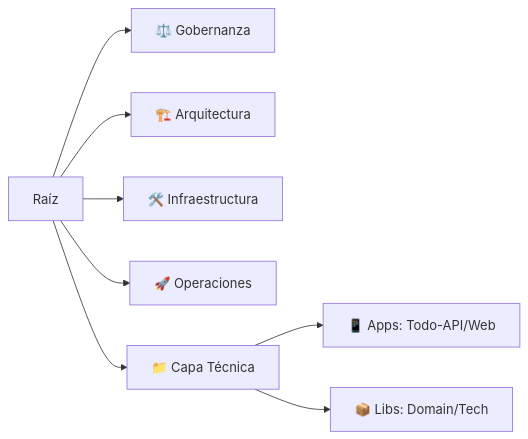
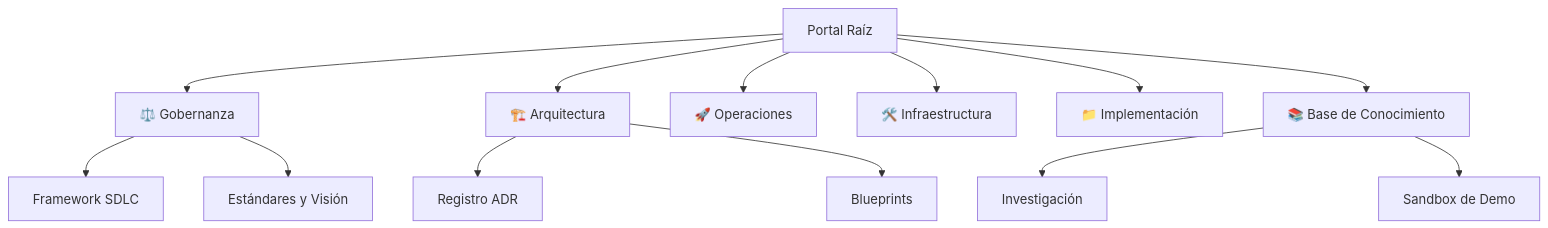
The diagram in README.es.md (beyondnetcode/arc32_nodejs_progresive_monolith), drawn with Mermaid before and after one commit. The commit also changed other lines of this file and 303 other files, not shown here.

````diff
--- a/README.es.md
+++ b/README.es.md
@@ -60,11 +21,16 @@
 ```mermaid
-graph LR
-    ROOT[Raíz] --> GOV[⚖️ Gobernanza]
+graph TD
+    ROOT[Portal Raíz] --> GOV[⚖️ Gobernanza]
     ROOT --> ARC[🏗️ Arquitectura]
+    ROOT --> OPS[🚀 Operaciones]
     ROOT --> INF[🛠️ Infraestructura]
-    ROOT --> OPS[🚀 Operaciones]
-    ROOT --> SRC[📁 Capa Técnica]
-    
-    SRC --> APPS[📱 Apps: Todo-API/Web]
-    SRC --> LIBS[📦 Libs: Domain/Tech]
+    ROOT --> SRC[📁 Implementación]
+    ROOT --> KB[📚 Base de Conocimiento]
+
+    GOV --> SDLC[Framework SDLC]
+    GOV --> STD[Estándares y Visión]
+    ARC --> ADR[Registro ADR]
+    ARC --> BLU[Blueprints]
+    KB --> RES[Investigación]
+    KB --> DEMO[Sandbox de Demo]
 ```
````
